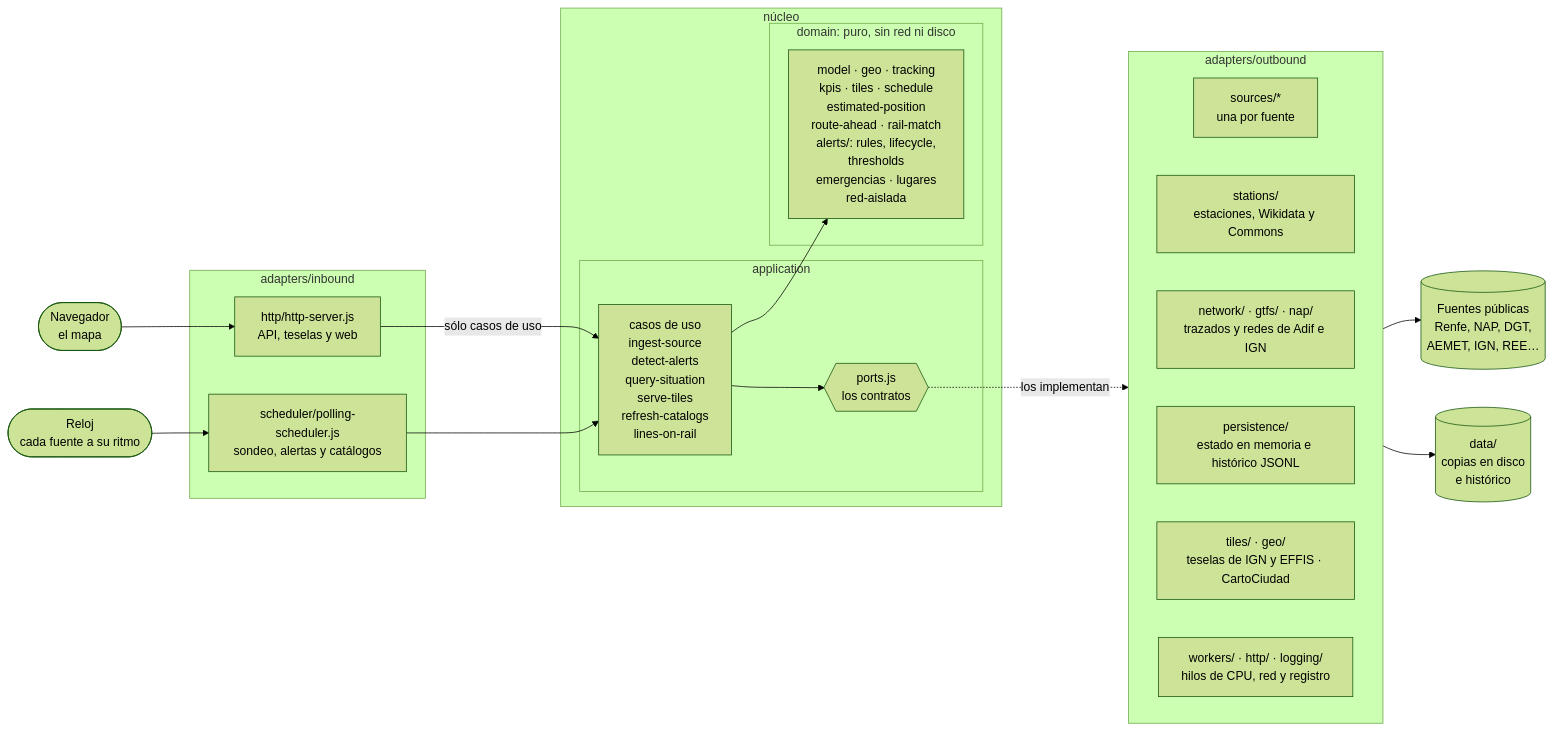
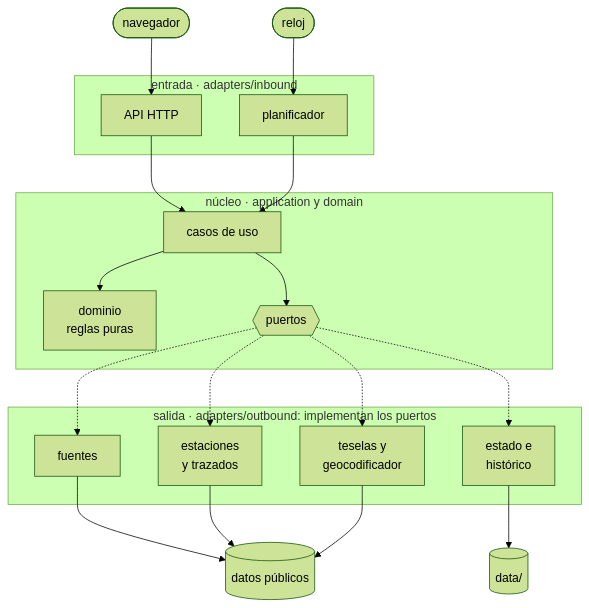
The second of 3 diagrams in README.md (FlorinTodor/radar-es), drawn with Mermaid (forest theme) before and after one commit. The commit also changed other lines of this file and 1 other file, not shown here.

Commit message:
Diagramas legibles en GitHub: en vertical y con textos cortos (no se cortan ni se encogen); la arquitectura, en capas con una tabla de lo que hay en cada una

````diff
--- a/README.md
+++ b/README.md
@@ -85,43 +85,36 @@
 ```mermaid
-flowchart LR
-  nav(["Navegador<br/>el mapa"])
-  reloj(["Reloj<br/>cada fuente a su ritmo"])
+flowchart TB
+  nav(["navegador"])
+  reloj(["reloj"])
 
-  subgraph IN["adapters/inbound"]
-    httpIn["http/http-server.js<br/>API, teselas y web"]
-    schedIn["scheduler/polling-scheduler.js<br/>sondeo, alertas y catálogos"]
+  subgraph IN["entrada · adapters/inbound"]
+    http["API HTTP"]
+    sched["planificador"]
   end
 
-  subgraph CORE["núcleo"]
-    subgraph APP["application"]
-      uc["casos de uso<br/>ingest-source<br/>detect-alerts<br/>query-situation<br/>serve-tiles<br/>refresh-catalogs<br/>lines-on-rail"]
-      ports{{"ports.js<br/>los contratos"}}
-    end
-    subgraph DOM["domain: puro, sin red ni disco"]
-      dom["model · geo · tracking<br/>kpis · tiles · schedule<br/>estimated-position<br/>route-ahead · rail-match<br/>alerts/: rules, lifecycle,<br/>thresholds<br/>emergencias · lugares<br/>red-aislada"]
-    end
+  subgraph CORE["núcleo · application y domain"]
+    uc["casos de uso"]
+    dom["dominio<br/>reglas puras"]
+    ports{{"puertos"}}
   end
 
-  subgraph OUT["adapters/outbound"]
-    direction LR
-    o1["sources/*<br/>una por fuente"]
-    o2["stations/<br/>estaciones, Wikidata y Commons"]
-    o3["network/ · gtfs/ · nap/<br/>trazados y redes de Adif e IGN"]
-    o4["persistence/<br/>estado en memoria e histórico JSONL"]
-    o5["tiles/ · geo/<br/>teselas de IGN y EFFIS · CartoCiudad"]
-    o6["workers/ · http/ · logging/<br/>hilos de CPU, red y registro"]
+  subgraph OUT["salida · adapters/outbound: implementan los puertos"]
+    src["fuentes"]
+    cat["estaciones<br/>y trazados"]
+    per["estado e<br/>histórico"]
+    til["teselas y<br/>geocodificador"]
   end
 
-  ext[("Fuentes públicas<br/>Renfe, NAP, DGT,<br/>AEMET, IGN, REE…")]
-  disco[("data/<br/>copias en disco<br/>e histórico")]
+  ext[("datos públicos")]
+  disk[("data/")]
 
-  nav --> httpIn
-  reloj --> schedIn
-  httpIn -->|"sólo casos de uso"| uc
-  schedIn --> uc
+  nav --> http
+  reloj --> sched
+  http --> uc
+  sched --> uc
   uc --> dom
   uc --> ports
-  ports -. "los implementan" .-> OUT
-  OUT --> ext
-  OUT --> disco
+  ports -.-> src & cat & per & til
+  src & cat & til --> ext
+  per --> disk
 ```
````
